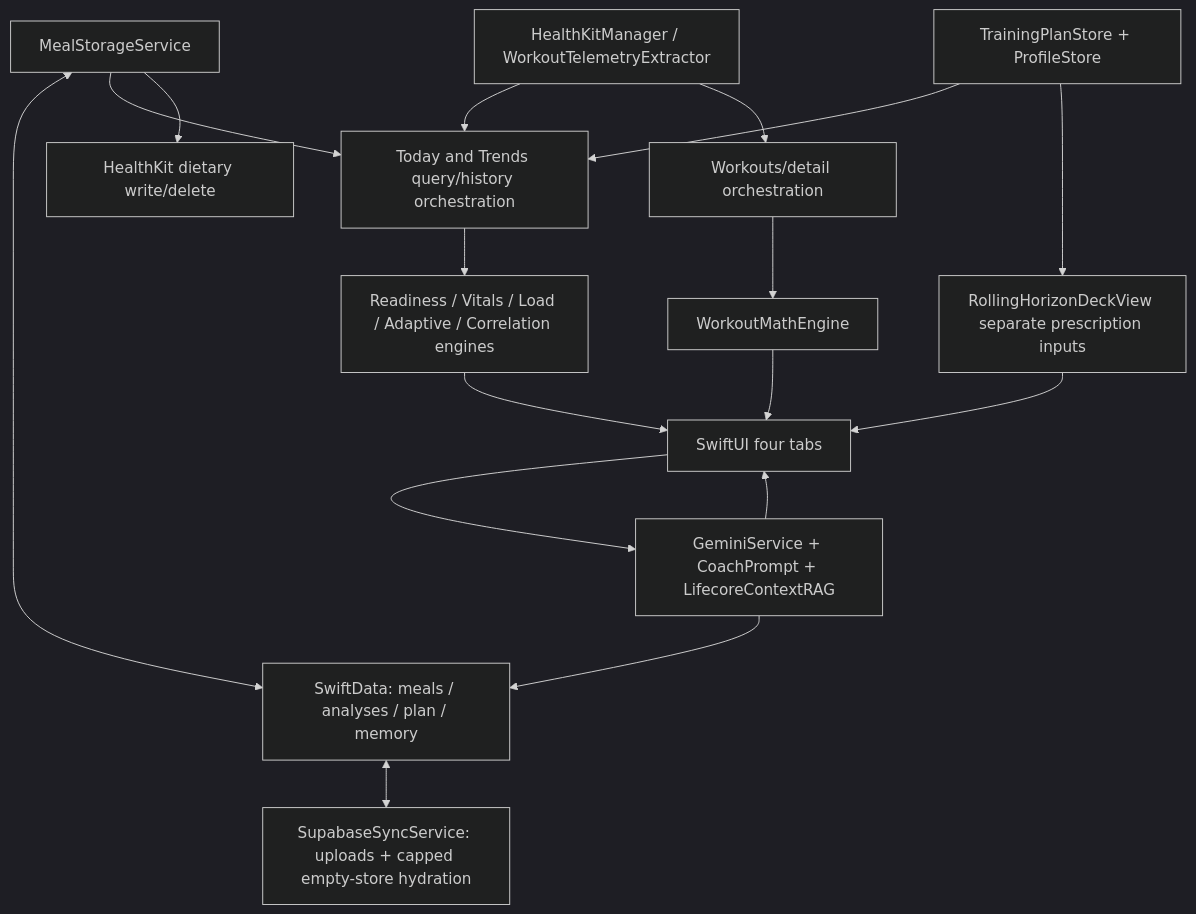
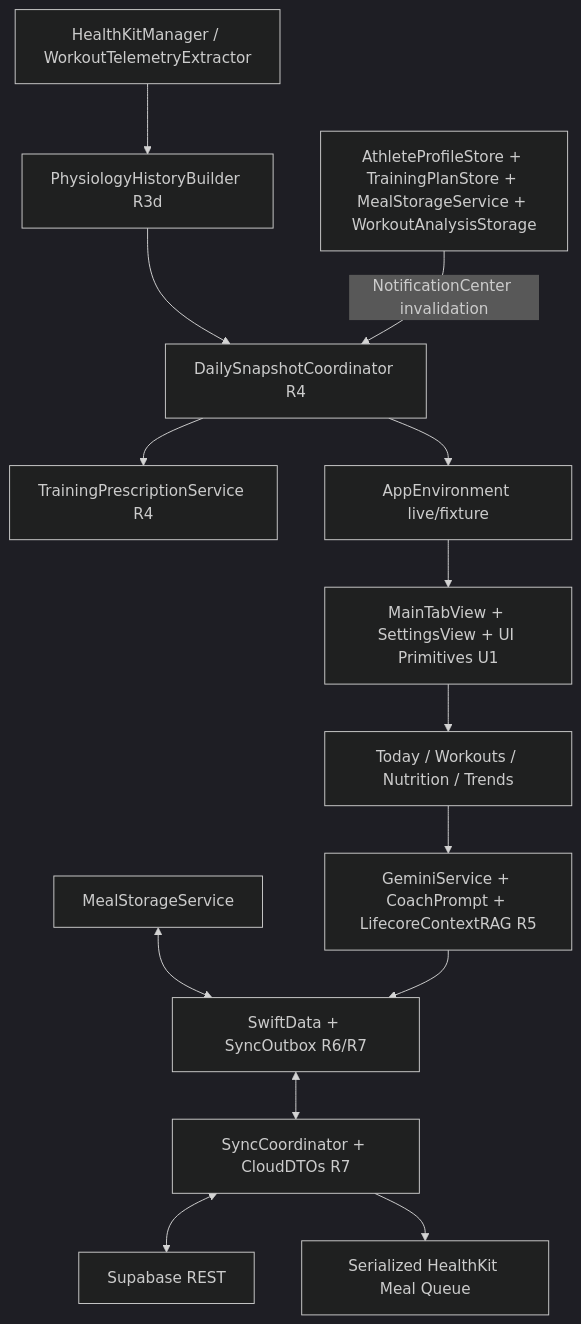
Before and after one commit to skycherepanya/calories-bot-mvp: the diagram in docs/ARCHITECTURE.md, drawn with Mermaid (dark theme). The commit also changed other lines of this file and 34 other files, not shown here.

Commit message:
feat: complete R4 snapshot coordinator, R7 cloud sync convergence, and U1 native shell

````diff
--- a/docs/ARCHITECTURE.md
+++ b/docs/ARCHITECTURE.md
@@ -13,19 +13,16 @@
 ```mermaid
 flowchart TD
-    HK[HealthKitManager / WorkoutTelemetryExtractor] --> T[Today and Trends query/history orchestration]
-    HK --> W[Workouts/detail orchestration]
-    T --> E[Readiness / Vitals / Load / Adaptive / Correlation engines]
-    W --> WE[WorkoutMathEngine]
-    E --> UI[SwiftUI four tabs]
-    WE --> UI
-    P[TrainingPlanStore + ProfileStore] --> T
-    P --> WD[RollingHorizonDeckView separate prescription inputs]
-    WD --> UI
-    M[MealStorageService] <--> SD[SwiftData: meals / analyses / plan / memory]
-    M --> T
-    M --> HKE[HealthKit dietary write/delete]
-    SD <--> S[SupabaseSyncService: uploads + capped empty-store hydration]
-    UI --> G[GeminiService + CoachPrompt + LifecoreContextRAG]
-    G --> UI
+    HK[HealthKitManager / WorkoutTelemetryExtractor] --> HB[PhysiologyHistoryBuilder R3d]
+    HB --> DSC[DailySnapshotCoordinator R4]
+    STORES[AthleteProfileStore + TrainingPlanStore + MealStorageService + WorkoutAnalysisStorage] -->|NotificationCenter invalidation| DSC
+    DSC --> TPS[TrainingPrescriptionService R4]
+    DSC --> ENV[AppEnvironment live/fixture]
+    ENV --> SHELL[MainTabView + SettingsView + UI Primitives U1]
+    SHELL --> TABS[Today / Workouts / Nutrition / Trends]
+    M[MealStorageService] <--> SD[SwiftData + SyncOutbox R6/R7]
+    SD <--> SC[SyncCoordinator + CloudDTOs R7]
+    SC <--> SB[Supabase REST]
+    SC --> HKW[Serialized HealthKit Meal Queue]
+    TABS --> G[GeminiService + CoachPrompt + LifecoreContextRAG R5]
     G --> SD
 ```
````
